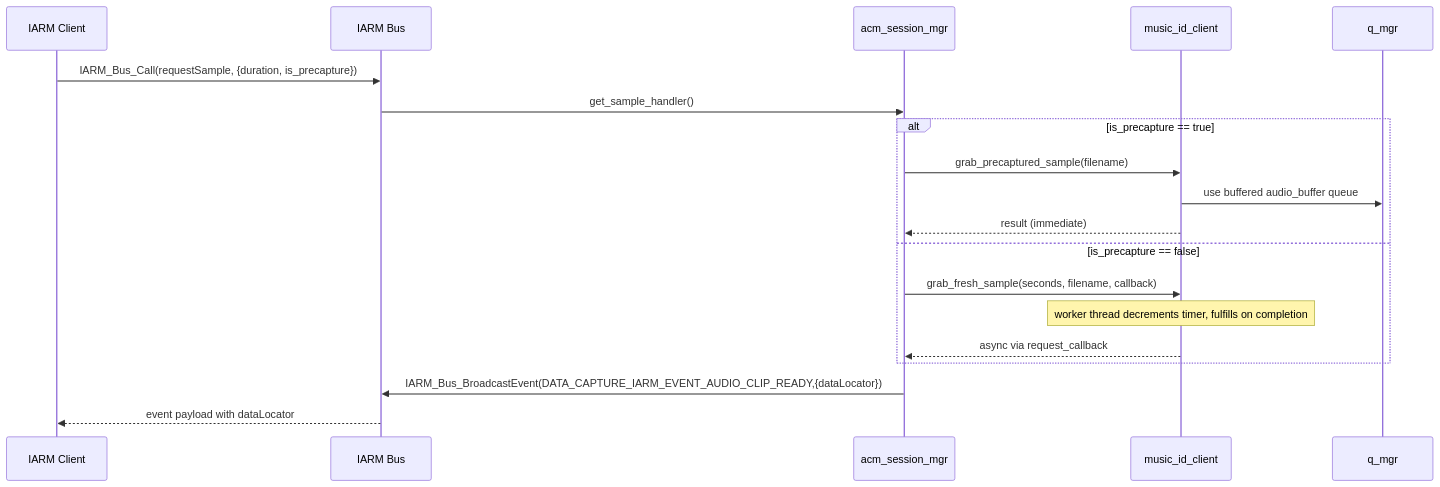
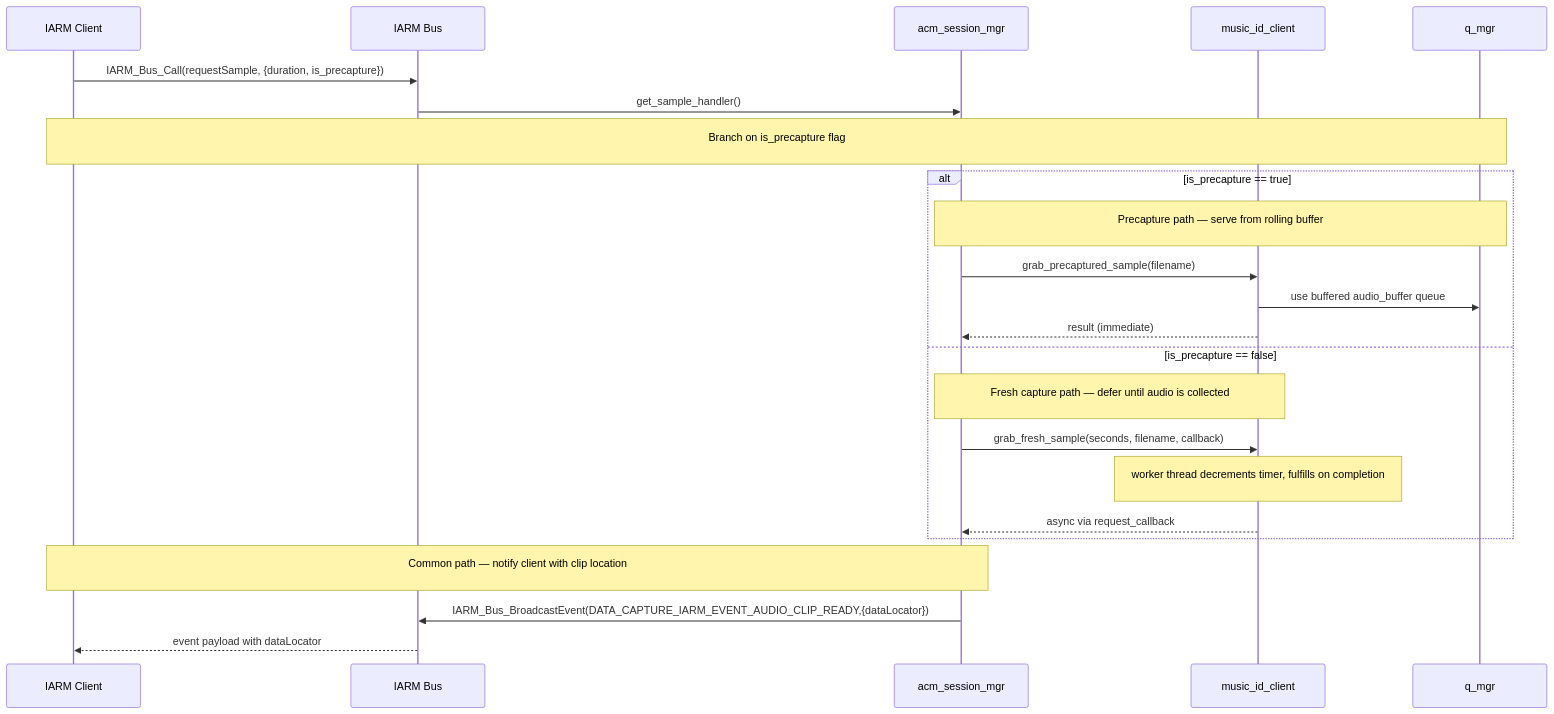
Before and after one commit to rns21/RDK_Documentation: the fifth of 7 diagrams in docs/docu/RDKV-Documentations/audiocapturemgr.md, drawn with Mermaid. The commit also changed other lines of this file, not shown here.

````diff
--- a/docs/docu/RDKV-Documentations/audiocapturemgr.md
+++ b/docs/docu/RDKV-Documentations/audiocapturemgr.md
@@ -200,22 +207,31 @@
 ```mermaid
+%%{init: { 'sequence': { 'actorMargin': 80, 'width': 200, 'messageMargin': 50, 'noteMargin': 25, 'mirrorActors': true, 'messageFontSize': 24, 'noteFontSize': 22, 'actorFontSize': 22 } } }%%
 sequenceDiagram
     participant Client as IARM Client
     participant IARM as IARM Bus
     participant Mgr as acm_session_mgr
     participant MID as music_id_client
     participant Q as q_mgr
 
     Client->>IARM: IARM_Bus_Call(requestSample, {duration, is_precapture})
     IARM->>Mgr: get_sample_handler()
+
+    Note over Client,Q: Branch on is_precapture flag
+
     alt is_precapture == true
+        Note over Mgr,Q: Precapture path — serve from rolling buffer
         Mgr->>MID: grab_precaptured_sample(filename)
         MID->>Q: use buffered audio_buffer queue
         MID-->>Mgr: result (immediate)
+
     else is_precapture == false
+        Note over Mgr,MID: Fresh capture path — defer until audio is collected
         Mgr->>MID: grab_fresh_sample(seconds, filename, callback)
         Note over MID: worker thread decrements timer, fulfills on completion
         MID-->>Mgr: async via request_callback
     end
+
+    Note over Mgr,Client: Common path — notify client with clip location
     Mgr->>IARM: IARM_Bus_BroadcastEvent(DATA_CAPTURE_IARM_EVENT_AUDIO_CLIP_READY,{dataLocator})
     IARM-->>Client: event payload with dataLocator
 ```
````
